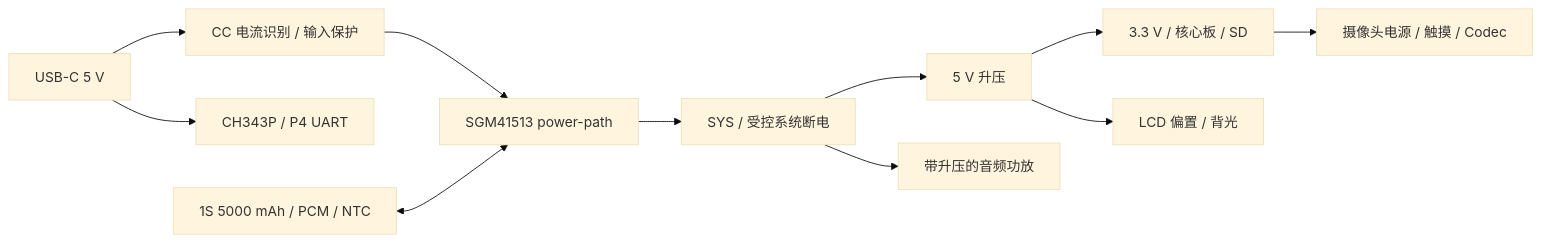
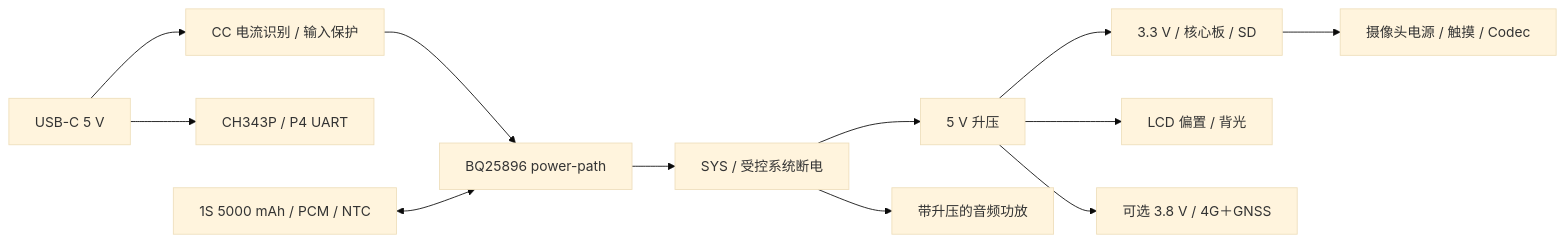
One commit to sundaydayhao/odb2-car-display changed the diagram in display_board/hardware/display-carrier/README.md. Above: the diagram before and after it, drawn with Mermaid (base theme). The commit also changed other lines of this file and 6 other files, not shown here.

Commit message:
Align display FPC entries and reserve optional LTE GNSS hardware

````diff
--- a/display_board/hardware/display-carrier/README.md
+++ b/display_board/hardware/display-carrier/README.md
@@ -75,13 +79,14 @@
 ```mermaid
 flowchart LR
   USB[USB-C 5 V] --> CC[CC 电流识别 / 输入保护]
   USB --> UART[CH343P / P4 UART]
-  CC --> CHG[SGM41513 power-path]
+  CC --> CHG[BQ25896 power-path]
   BAT[1S 5000 mAh / PCM / NTC] <--> CHG
   CHG --> SYS[SYS / 受控系统断电]
   SYS --> BOOST[5 V 升压]
   SYS --> AMP[带升压的音频功放]
   BOOST --> CORE[3.3 V / 核心板 / SD]
   BOOST --> LCD[LCD 偏置 / 背光]
+  BOOST --> LTE[可选 3.8 V / 4G＋GNSS]
   CORE --> CAM[摄像头电源 / 触摸 / Codec]
 ```
````
